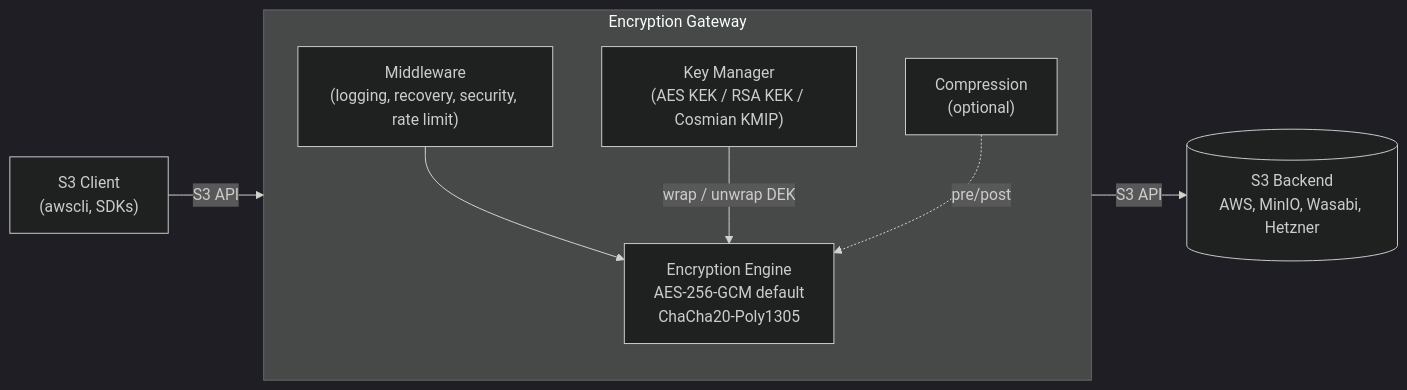
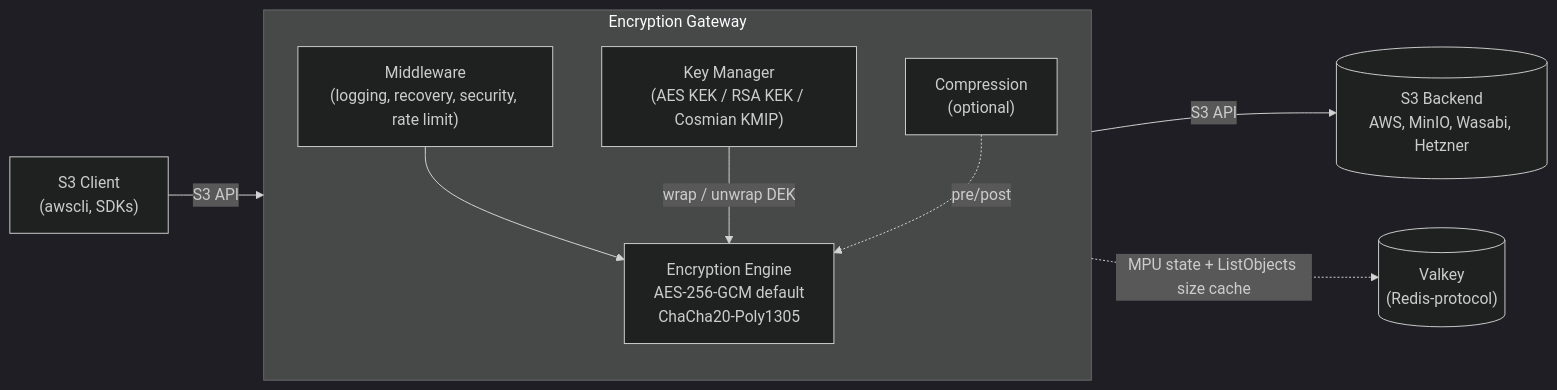
Before and after one commit to cloud37/s3-encryption-gateway: the first of 2 diagrams in README.md, drawn with Mermaid (dark theme). The commit also changed other lines of this file and 5 other files, not shown here.

First line of the commit message:
docs(V1.0-S3-3): document Valkey role for ListObjects size cache

````diff
--- a/README.md
+++ b/README.md
@@ -831,14 +877,15 @@
 ```mermaid
 flowchart LR
   C["S3 Client<br/>(awscli, SDKs)"] --> |S3 API| G[Encryption Gateway]
   subgraph G["Encryption Gateway"]
     D["Middleware<br/>(logging, recovery, security, rate limit)"]
     E["Encryption Engine<br/>AES-256-GCM default<br/>ChaCha20-Poly1305"]
     K["Key Manager<br/>(AES KEK / RSA KEK / Cosmian KMIP)"]
     CMP["Compression<br/>(optional)"]
     D --> E
     K --> |wrap / unwrap DEK| E
     CMP -.-> |pre/post| E
   end
   G --> |S3 API| B[("S3 Backend<br/>AWS, MinIO, Wasabi, Hetzner")]
+  G -.-> |MPU state + ListObjects size cache| V[("Valkey<br/>(Redis-protocol)")]
 ```
````
